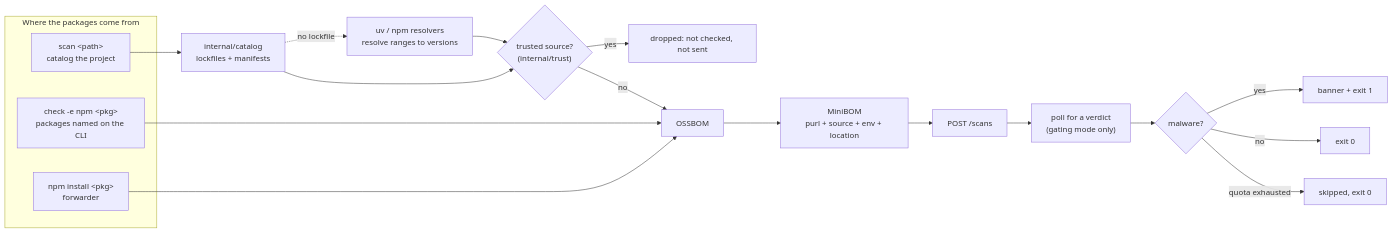
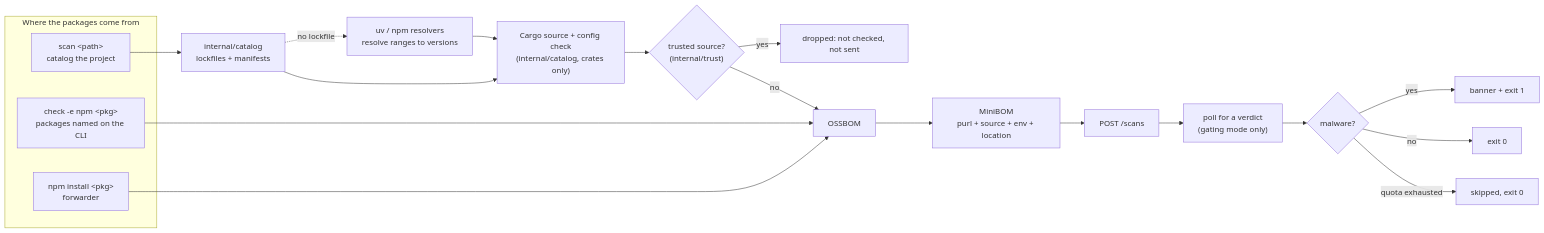
One commit to ossprey/ossprey-cli changed the first of 3 diagrams in docs/architecture.md. Above: the diagram before and after it, drawn with Mermaid. The commit also changed 7 other files, not shown here.

First line of the commit message:
feat(catalog): match trusted registries against Cargo.lock sources (OSS-2556) (#99)

````diff
--- a/docs/architecture.md
+++ b/docs/architecture.md
@@ -17,24 +17,25 @@
 ```mermaid
 flowchart LR
     subgraph sources["Where the packages come from"]
         A["scan &lt;path&gt;<br/>catalog the project"]
         B["check -e npm &lt;pkg&gt;<br/>packages named on the CLI"]
         C["npm install &lt;pkg&gt;<br/>forwarder"]
     end
 
     A --> D["internal/catalog<br/>lockfiles + manifests"]
     D -. "no lockfile" .-> E["uv / npm resolvers<br/>resolve ranges to versions"]
-    E --> T
-    D --> T{"trusted source?<br/>(internal/trust)"}
+    E --> R
+    D --> R["Cargo source + config check<br/>(internal/catalog, crates only)"]
+    R --> T{"trusted source?<br/>(internal/trust)"}
     T -- "yes" --> X["dropped: not checked, not sent"]
     T -- "no" --> F["OSSBOM"]
     B --> F
     C --> F
     F --> G["MiniBOM<br/>purl + source + env + location"]
     G --> H["POST /scans"]
     H --> I["poll for a verdict<br/>(gating mode only)"]
     I --> J{"malware?"}
     J -- "yes" --> K["banner + exit 1"]
     J -- "no" --> L["exit 0"]
     J -- "quota exhausted" --> M["skipped, exit 0"]
 ```
````
